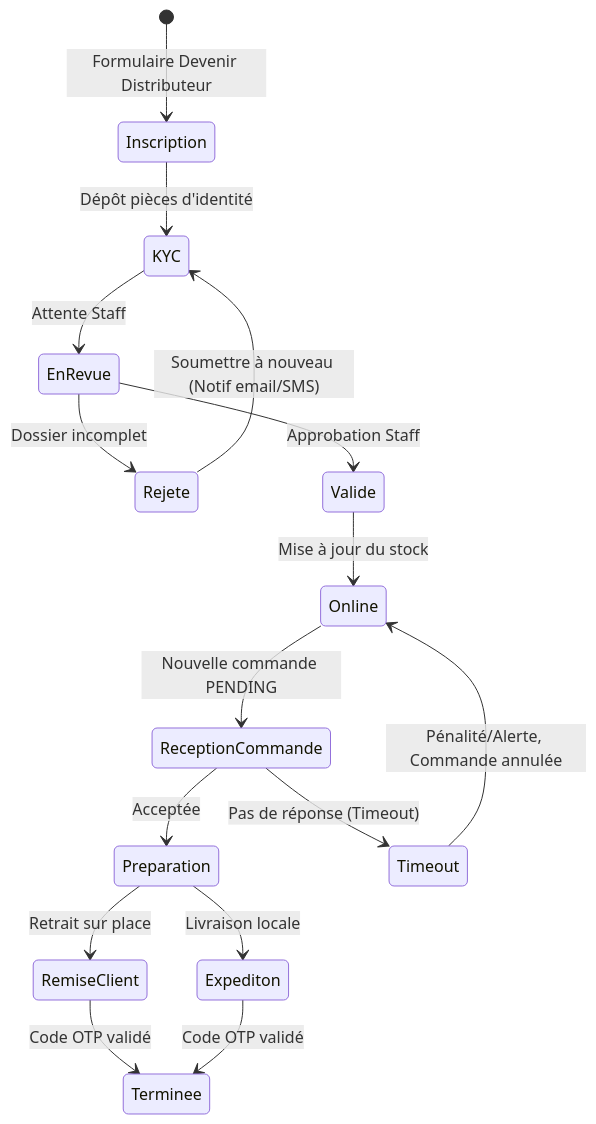
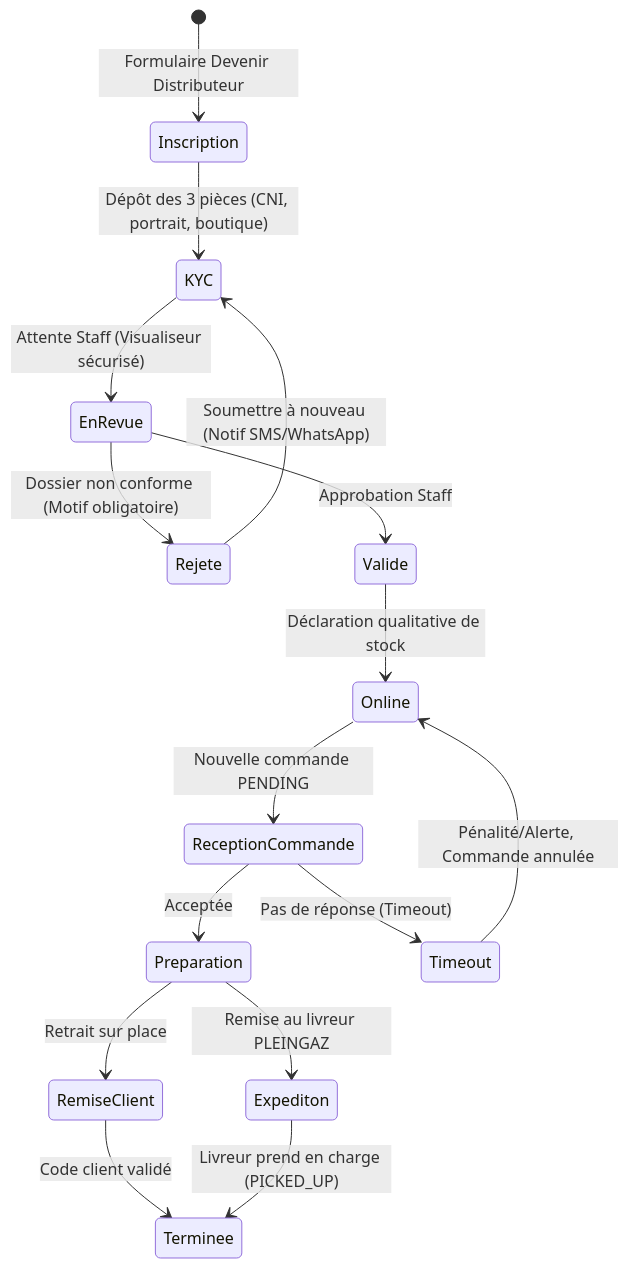
One commit to durelpro/pleingaz changed the second of 4 diagrams in docs/02-cadrage-ux-roles.md. Above: the diagram before and after it, drawn with Mermaid. The commit also changed other lines of this file and 4 other files, not shown here.

Commit message:
feat(docs): CR-001 Lot 3 - specifications detaillees D-01 a D-06 et mise a jour cadrage UX, donnees, etats et contraintes

````diff
--- a/docs/02-cadrage-ux-roles.md
+++ b/docs/02-cadrage-ux-roles.md
@@ -84,22 +95,22 @@
 ```mermaid
 stateDiagram-v2
     [*] --> Inscription: Formulaire Devenir Distributeur
-    Inscription --> KYC: Dépôt pièces d'identité
-    KYC --> EnRevue: Attente Staff
+    Inscription --> KYC: Dépôt des 3 pièces (CNI, portrait, boutique)
+    KYC --> EnRevue: Attente Staff (Visualiseur sécurisé)
     
-    EnRevue --> Rejete: Dossier incomplet
-    Rejete --> KYC: Soumettre à nouveau (Notif email/SMS)
+    EnRevue --> Rejete: Dossier non conforme (Motif obligatoire)
+    Rejete --> KYC: Soumettre à nouveau (Notif SMS/WhatsApp)
     
     EnRevue --> Valide: Approbation Staff
-    Valide --> Online: Mise à jour du stock
+    Valide --> Online: Déclaration qualitative de stock
     
     Online --> ReceptionCommande: Nouvelle commande PENDING
     ReceptionCommande --> Preparation: Acceptée
     ReceptionCommande --> Timeout: Pas de réponse (Timeout)
     Timeout --> Online: Pénalité/Alerte, Commande annulée
     
     Preparation --> RemiseClient: Retrait sur place
-    Preparation --> Expediton: Livraison locale
-    RemiseClient --> Terminee: Code OTP validé
-    Expediton --> Terminee: Code OTP validé
+    Preparation --> Expediton: Remise au livreur PLEINGAZ
+    RemiseClient --> Terminee: Code client validé
+    Expediton --> Terminee: Livreur prend en charge (PICKED_UP)
 ```
````
